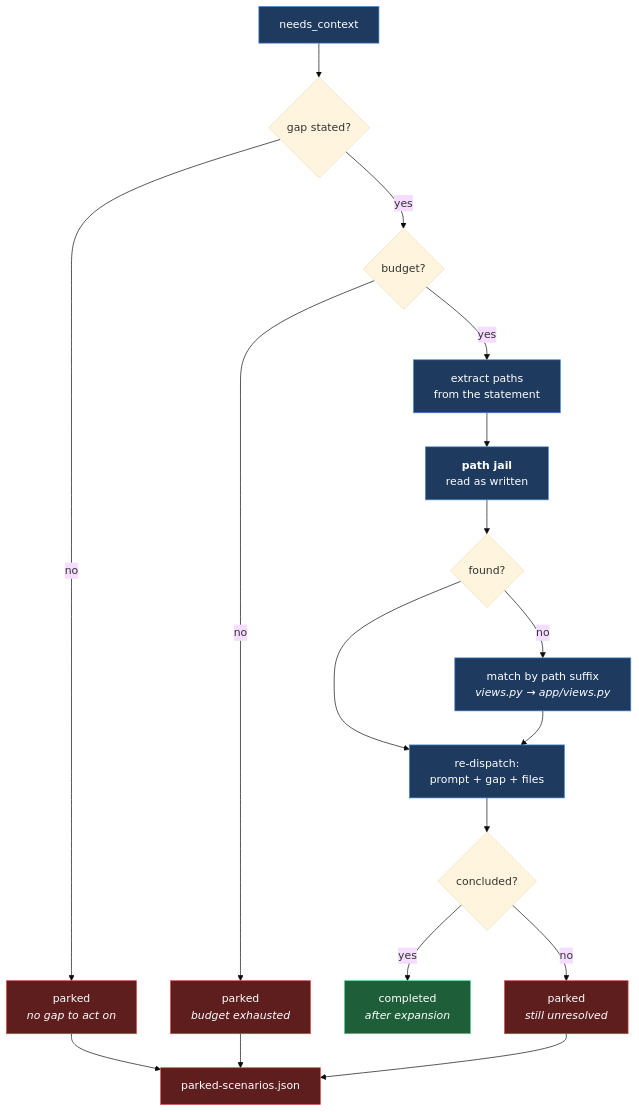
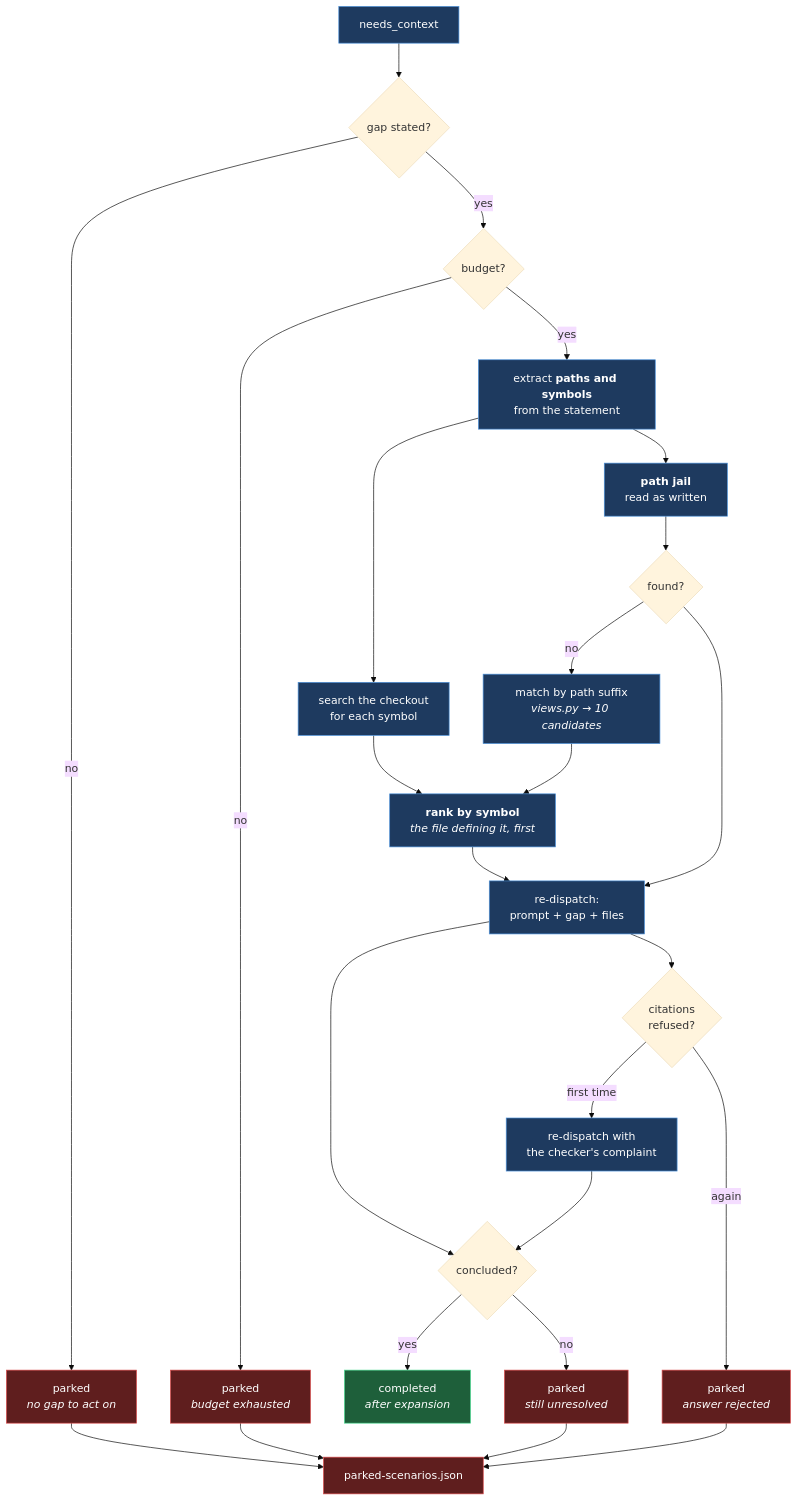
One commit to mfmiguez-oss/codescan-engagement changed the fourth of 16 diagrams in docs/DESIGN.md. Above: the diagram before and after it, drawn with Mermaid (base theme). The commit also changed other lines of this file and 10 other files, not shown here.

First line of the commit message:
fix: resolve context expansion by symbol, and correct a refused citation

````diff
--- a/docs/DESIGN.md
+++ b/docs/DESIGN.md
@@ -312,20 +312,27 @@
 ```mermaid
 flowchart TD
   classDef bad fill:#5f1e1e,stroke:#d94a4a,color:#fff
   classDef ok fill:#1e5f3a,stroke:#4ad990,color:#fff
   classDef step fill:#1e3a5f,stroke:#4a90d9,color:#fff
 
   A["needs_context"]:::step --> B{"gap stated?"}
   B -->|no| P1["parked<br/><i>no gap to act on</i>"]:::bad
   B -->|yes| C{"budget?"}
   C -->|no| P2["parked<br/><i>budget exhausted</i>"]:::bad
-  C -->|yes| D["extract paths<br/>from the statement"]:::step
+  C -->|yes| D["extract <b>paths and symbols</b><br/>from the statement"]:::step
+  D --> S["search the checkout<br/>for each symbol"]:::step
   D --> E["<b>path jail</b><br/>read as written"]:::step
   E --> E2{"found?"}
-  E2 -->|no| E3["match by path suffix<br/><i>views.py → app/views.py</i>"]:::step
-  E2 & E3 --> F["re-dispatch:<br/>prompt + gap + files"]:::step
+  E2 -->|no| E3["match by path suffix<br/><i>views.py → 10 candidates</i>"]:::step
+  S --> E4
+  E3 --> E4["<b>rank by symbol</b><br/><i>the file defining it, first</i>"]:::step
+  E2 & E4 --> F["re-dispatch:<br/>prompt + gap + files"]:::step
   F --> G{"concluded?"}
   G -->|yes| H["completed<br/><i>after expansion</i>"]:::ok
   G -->|no| P3["parked<br/><i>still unresolved</i>"]:::bad
-  P1 & P2 & P3 --> Q["parked-scenarios.json"]:::bad
+  F --> R{"citations<br/>refused?"}
+  R -->|"first time"| F2["re-dispatch with<br/>the checker's complaint"]:::step
+  F2 --> G
+  R -->|"again"| P4["parked<br/><i>answer rejected</i>"]:::bad
+  P1 & P2 & P3 & P4 --> Q["parked-scenarios.json"]:::bad
 ```
````
